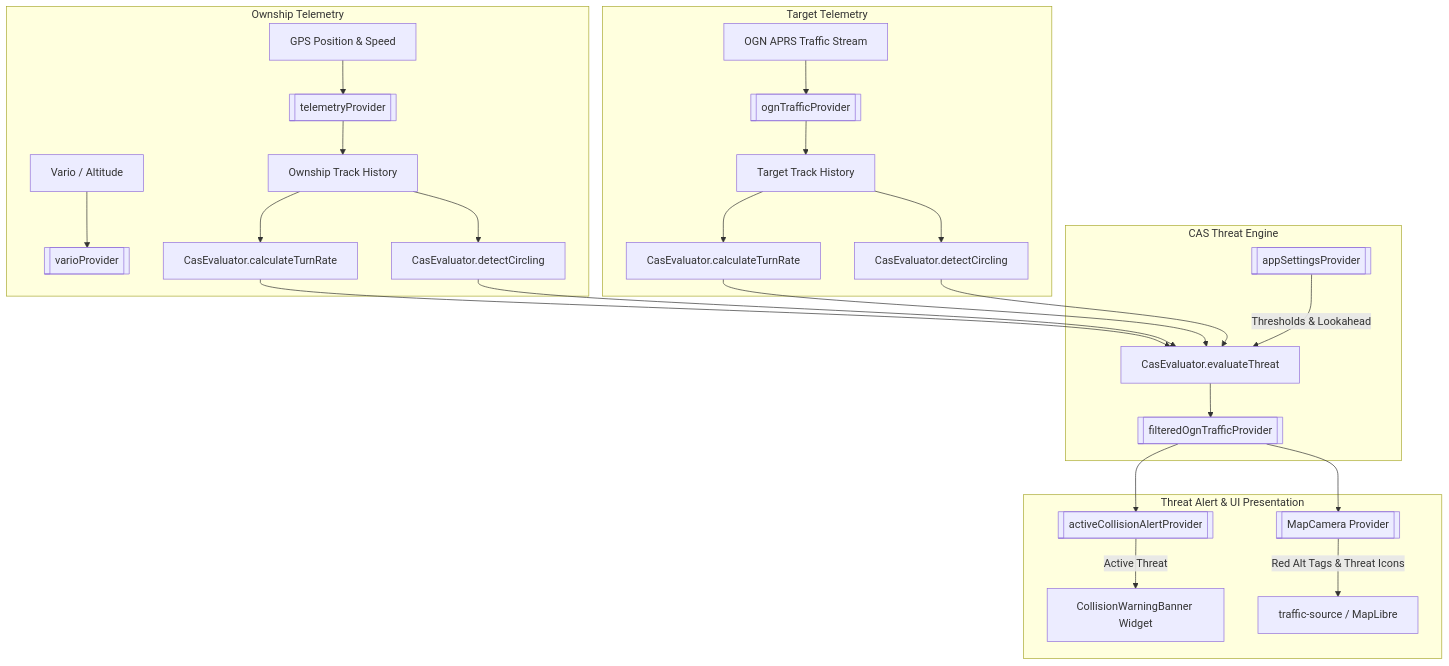
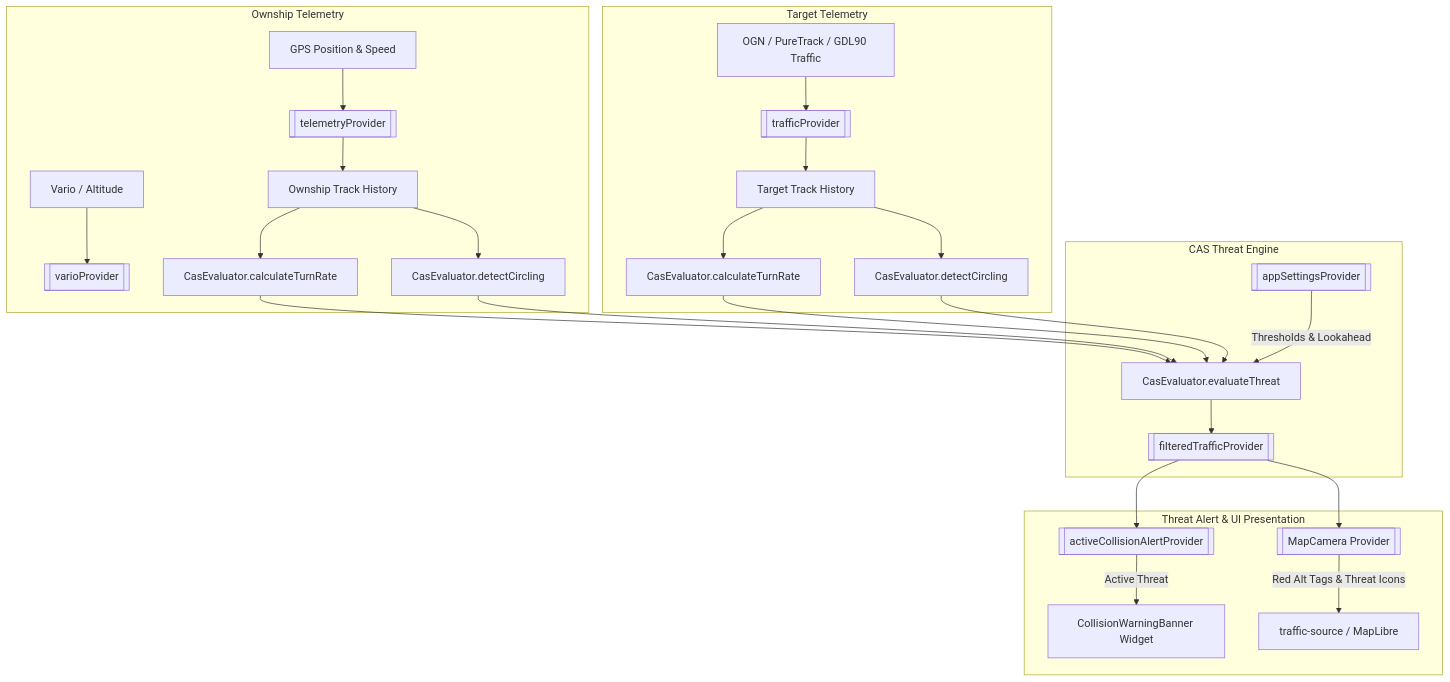
One commit to jobes/stork changed the first of 2 diagrams in documentation/features/collision-avoidance-system.md. Above: the diagram before and after it, drawn with Mermaid. The commit also changed other lines of this file and 4 other files, not shown here.

````diff
--- a/documentation/features/collision-avoidance-system.md
+++ b/documentation/features/collision-avoidance-system.md
@@ -11,33 +11,33 @@
 ```mermaid
 graph TD
     subgraph Ownship Telemetry
         GPS[GPS Position & Speed] --> TelemetryProv[[telemetryProvider]]
         Baro[Vario / Altitude] --> VarioProv[[varioProvider]]
         TelemetryProv --> OwnshipHistory[Ownship Track History]
         OwnshipHistory --> OwnshipTurnRate[CasEvaluator.calculateTurnRate]
         OwnshipHistory --> OwnshipCircling[CasEvaluator.detectCircling]
     end
 
     subgraph Target Telemetry
-        OGN[OGN APRS Traffic Stream] --> TrafficProv[[ognTrafficProvider]]
+        MultiSrc[OGN / PureTrack / GDL90 Traffic] --> TrafficProv[[trafficProvider]]
         TrafficProv --> TargetHistory[Target Track History]
         TargetHistory --> TargetTurnRate[CasEvaluator.calculateTurnRate]
         TargetHistory --> TargetCircling[CasEvaluator.detectCircling]
     end
 
     subgraph CAS Threat Engine
         OwnshipTurnRate --> CASEval[CasEvaluator.evaluateThreat]
         OwnshipCircling --> CASEval
         TargetTurnRate --> CASEval
         TargetCircling --> CASEval
         AppSettings[[appSettingsProvider]] -->|Thresholds & Lookahead| CASEval
-        CASEval --> FilteredTraffic[[filteredOgnTrafficProvider]]
+        CASEval --> FilteredTraffic[[filteredTrafficProvider]]
     end
 
     subgraph Threat Alert & UI Presentation
         FilteredTraffic --> ActiveAlert[[activeCollisionAlertProvider]]
         ActiveAlert -->|Active Threat| Banner[CollisionWarningBanner Widget]
         FilteredTraffic --> MapCamera[[MapCamera Provider]]
         MapCamera -->|Red Alt Tags & Threat Icons| MapSource[traffic-source / MapLibre]
     end
 ```
````
